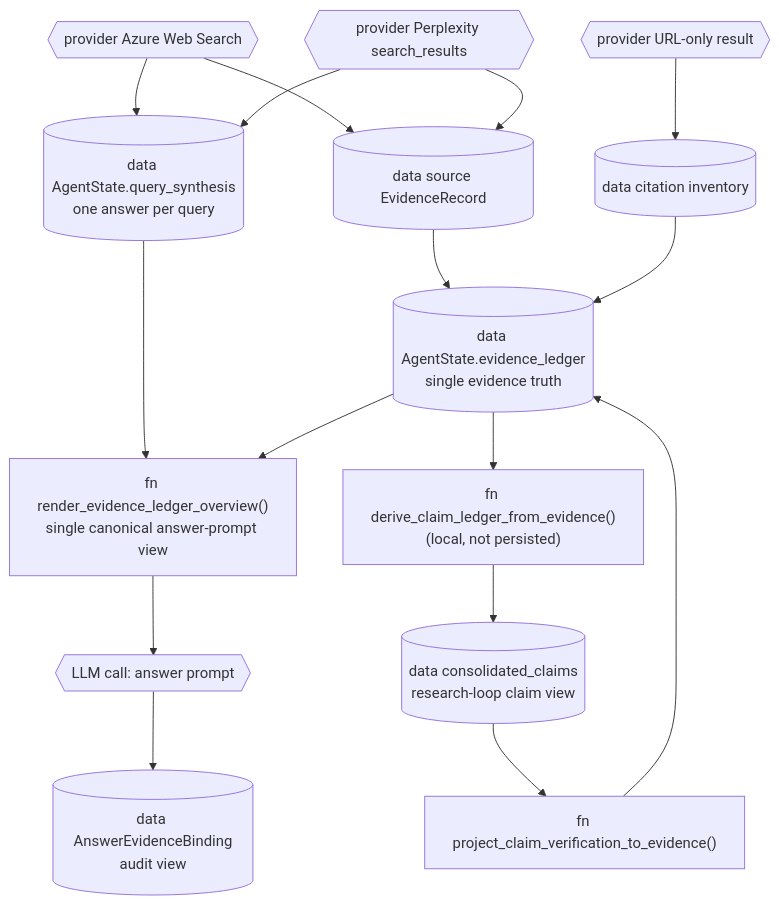
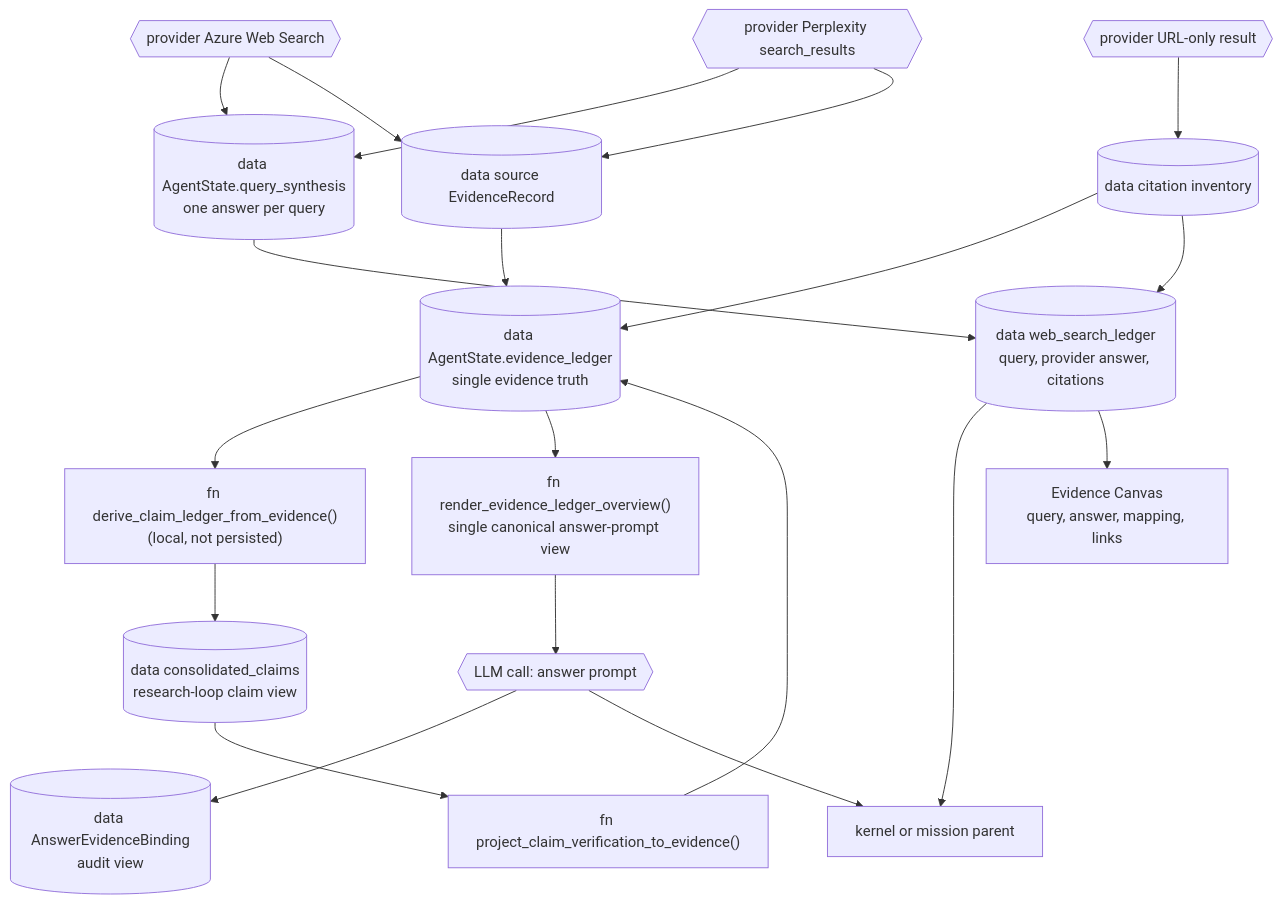
Before and after one commit to BZandi/inqtrix: the diagram in docs/architecture/evidence-pipeline.md, drawn with Mermaid. The commit also changed other lines of this file and 1064 other files, not shown here.

First line of the commit message:
feat: Inqtrix v0.2.0.5 — guest links & team comments, verified knowledge provenance, durable operations, Python web edge, tracing & usage ledger

````diff
--- a/docs/architecture/evidence-pipeline.md
+++ b/docs/architecture/evidence-pipeline.md
@@ -14,18 +23,22 @@
 ```mermaid
 flowchart TD
     Azure{{"provider Azure Web Search"}} --> QuerySynthesis[("data AgentState.query_synthesis<br/>one answer per query")]
     Azure --> SourceEvidence[("data source EvidenceRecord")]
     Perplexity{{"provider Perplexity search_results"}} --> QuerySynthesis
     Perplexity --> SourceEvidence
     Legacy{{"provider URL-only result"}} --> CitationInventory[("data citation inventory")]
-    QuerySynthesis --> Overview["fn render_evidence_ledger_overview()<br/>single canonical answer-prompt view"]
     SourceEvidence --> EvidenceLedger[("data AgentState.evidence_ledger<br/>single evidence truth")]
     CitationInventory --> EvidenceLedger
     EvidenceLedger --> ClaimLedger["fn derive_claim_ledger_from_evidence()<br/>(local, not persisted)"]
     ClaimLedger --> ClaimIndex[("data consolidated_claims<br/>research-loop claim view")]
     ClaimIndex --> Verification["fn project_claim_verification_to_evidence()"]
     Verification --> EvidenceLedger
+    QuerySynthesis --> WebLedger[("data web_search_ledger<br/>query, provider answer, citations")]
+    CitationInventory --> WebLedger
     EvidenceLedger --> Overview["fn render_evidence_ledger_overview()<br/>single canonical answer-prompt view"]
     Overview --> AnswerPrompt{{"LLM call: answer prompt"}}
     AnswerPrompt --> AnswerAudit[("data AnswerEvidenceBinding<br/>audit view")]
+    AnswerPrompt --> Parent["kernel or mission parent"]
+    WebLedger --> Parent
+    WebLedger --> Canvas["Evidence Canvas<br/>query, answer, mapping, links"]
 ```
````
